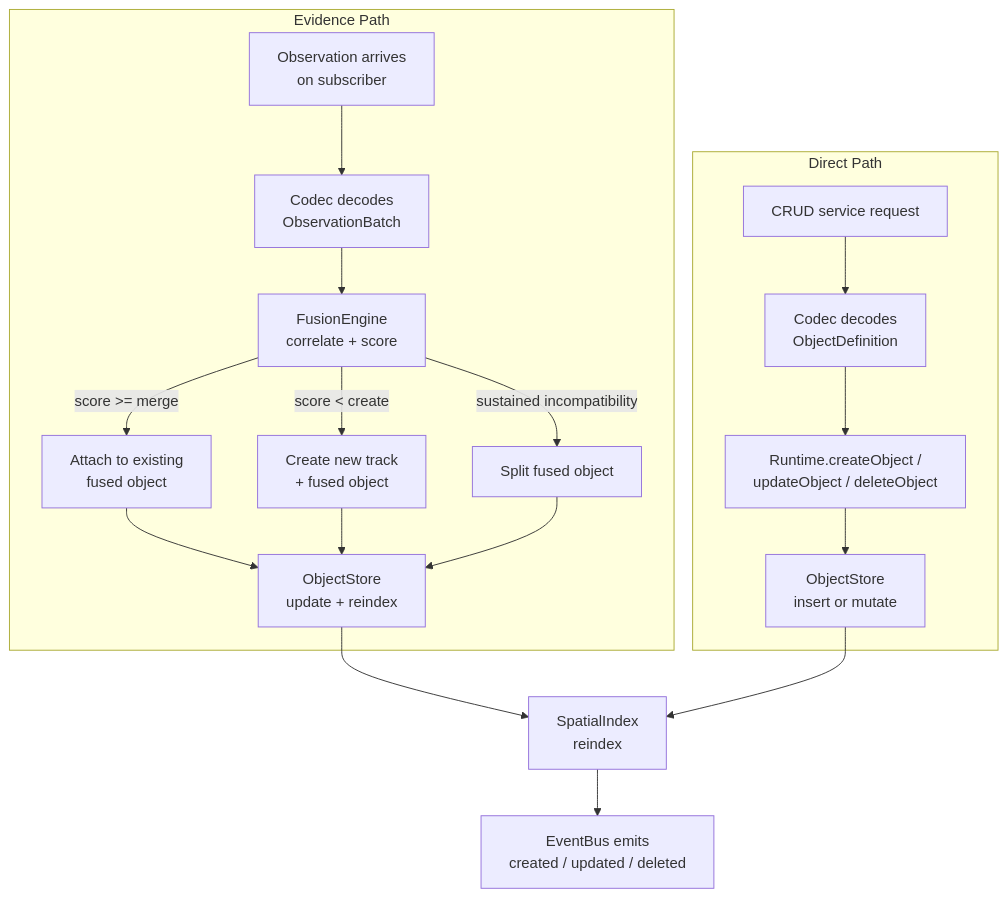
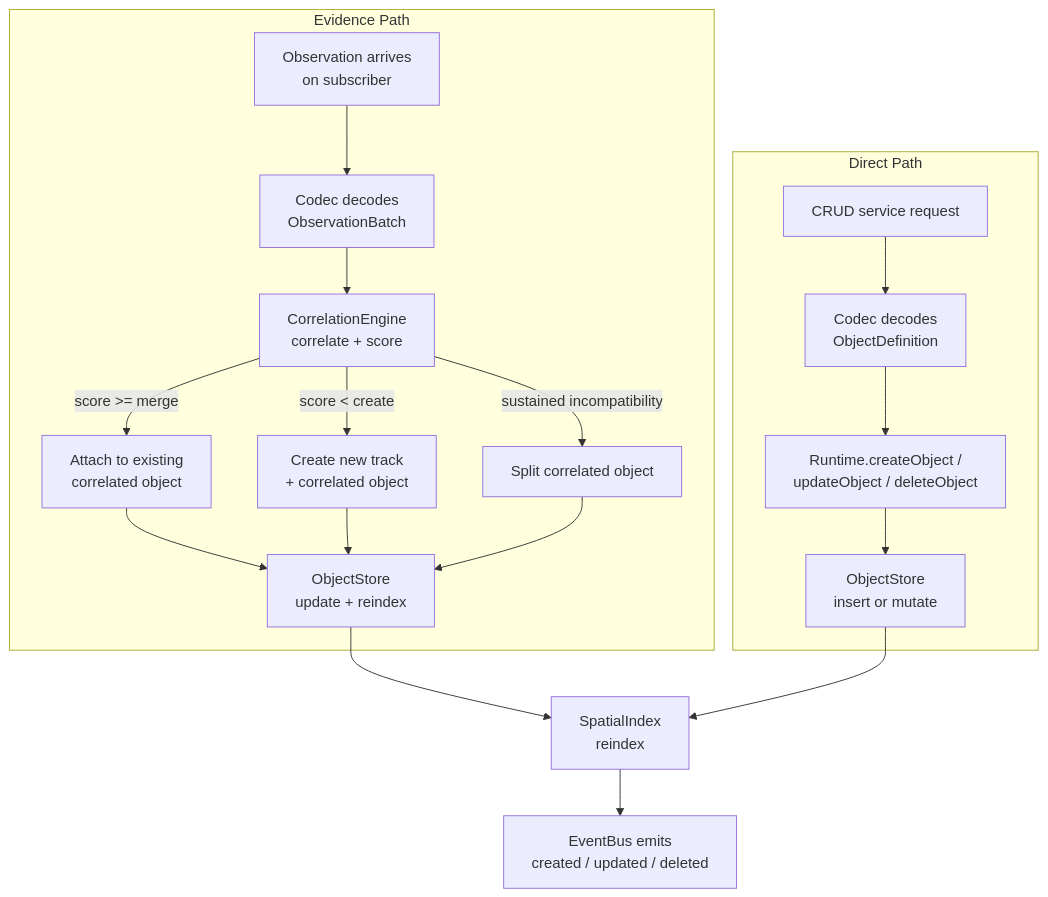
The fourth of 16 diagrams in pyramid/tactical_objects/ARCHITECTURE.md (Ackoogin/mujin), drawn with Mermaid before and after one commit. The commit also changed other lines of this file and 52 other files, not shown here.

````diff
--- a/pyramid/tactical_objects/ARCHITECTURE.md
+++ b/pyramid/tactical_objects/ARCHITECTURE.md
@@ -139,23 +139,23 @@
 ```mermaid
 flowchart TB
     subgraph Evidence Path
         OBS[Observation arrives<br/>on subscriber] --> DECODE_E[Codec decodes<br/>ObservationBatch]
-        DECODE_E --> FE2[FusionEngine<br/>correlate + score]
-        FE2 -->|score >= merge| MERGE[Attach to existing<br/>fused object]
-        FE2 -->|score < create| NEW[Create new track<br/>+ fused object]
-        FE2 -->|sustained incompatibility| SPLIT[Split fused object]
+        DECODE_E --> FE2[CorrelationEngine<br/>correlate + score]
+        FE2 -->|score >= merge| MERGE[Attach to existing<br/>correlated object]
+        FE2 -->|score < create| NEW[Create new track<br/>+ correlated object]
+        FE2 -->|sustained incompatibility| SPLIT[Split correlated object]
         MERGE --> STORE_E[ObjectStore<br/>update + reindex]
         NEW --> STORE_E
         SPLIT --> STORE_E
     end
 
     subgraph Direct Path
         REQ[CRUD service request] --> DECODE_D[Codec decodes<br/>ObjectDefinition]
         DECODE_D --> RUNTIME[Runtime.createObject /<br/>updateObject / deleteObject]
         RUNTIME --> STORE_D[ObjectStore<br/>insert or mutate]
     end
 
     STORE_E --> IDX[SpatialIndex<br/>reindex]
     STORE_D --> IDX
     IDX --> EVENTS[EventBus emits<br/>created / updated / deleted]
 ```
````
